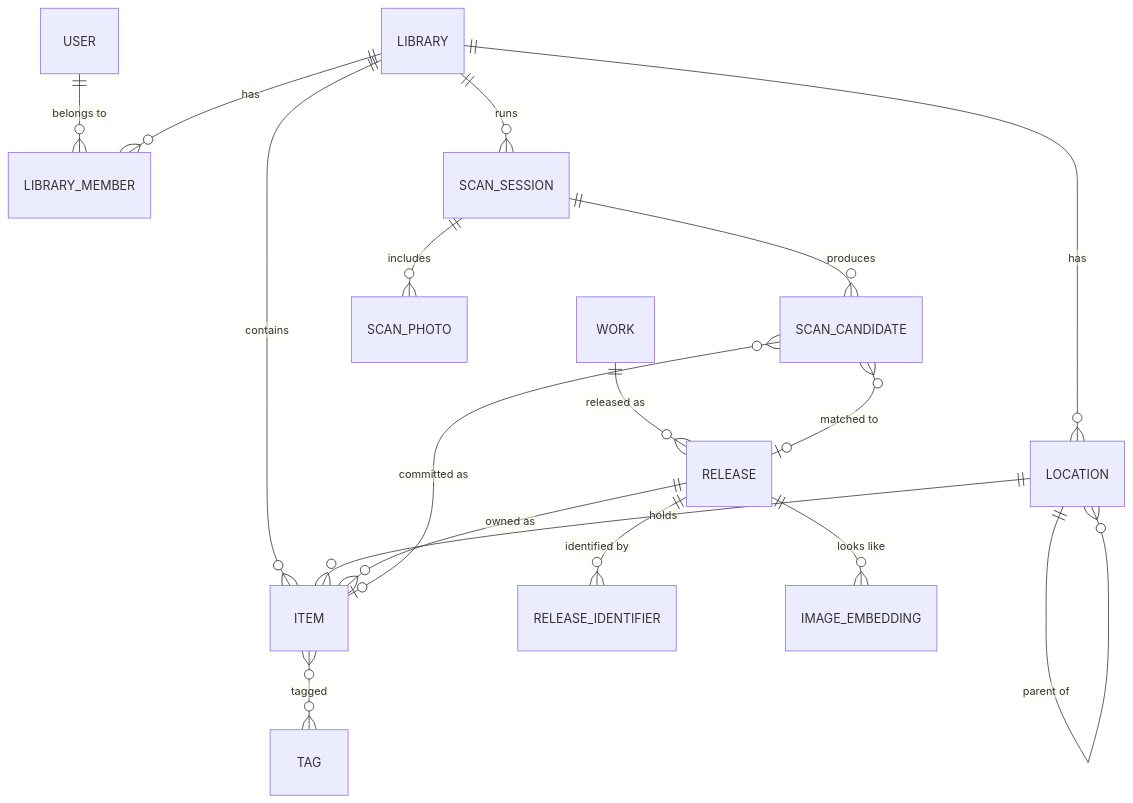
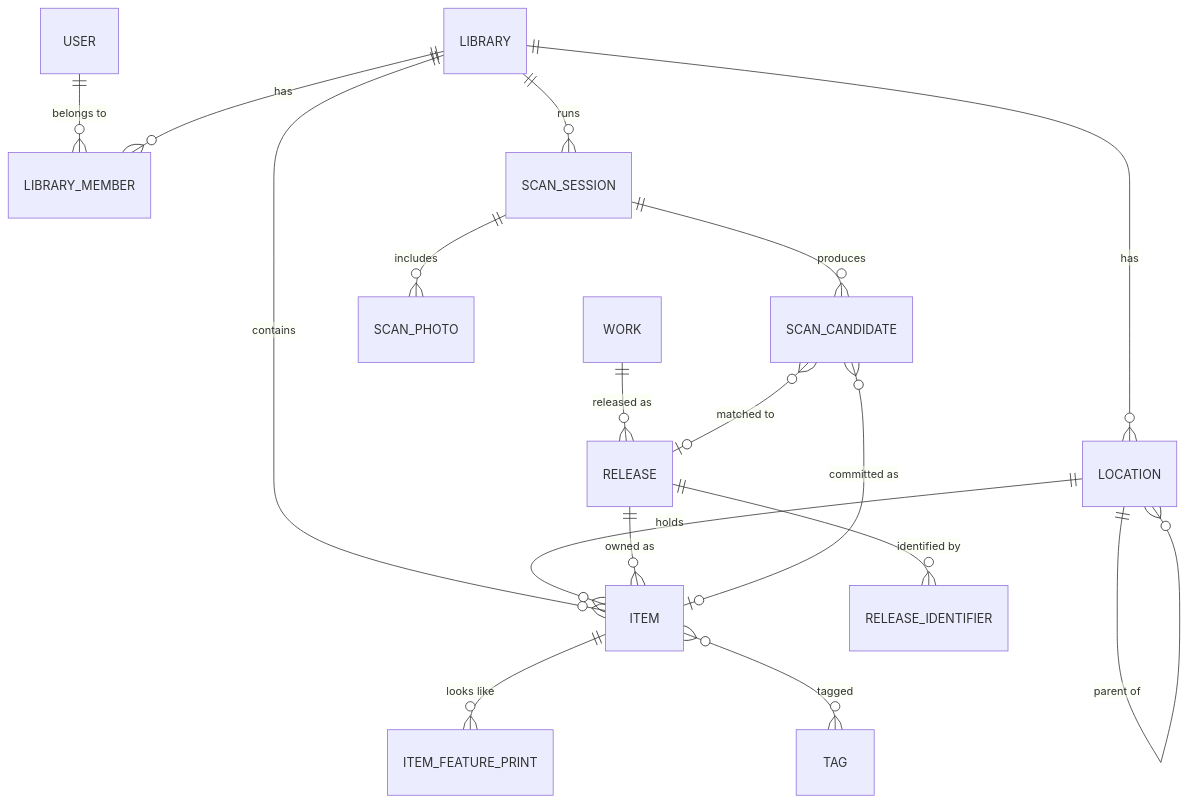
The diagram in docs/03-data-model.md (coryfinnegan/CollectionMaxxing), drawn with Mermaid before and after one commit. The commit also changed other lines of this file and 13 other files, not shown here.

````diff
--- a/docs/03-data-model.md
+++ b/docs/03-data-model.md
@@ -19,19 +19,19 @@
 ```mermaid
 erDiagram
   USER ||--o{ LIBRARY_MEMBER : "belongs to"
   LIBRARY ||--o{ LIBRARY_MEMBER : has
   LIBRARY ||--o{ ITEM : contains
   LIBRARY ||--o{ LOCATION : has
   LOCATION ||--o{ LOCATION : "parent of"
   LOCATION ||--o{ ITEM : holds
   WORK ||--o{ RELEASE : "released as"
   RELEASE ||--o{ RELEASE_IDENTIFIER : "identified by"
   RELEASE ||--o{ ITEM : "owned as"
   LIBRARY ||--o{ SCAN_SESSION : runs
   SCAN_SESSION ||--o{ SCAN_PHOTO : includes
   SCAN_SESSION ||--o{ SCAN_CANDIDATE : produces
   SCAN_CANDIDATE }o--o| RELEASE : "matched to"
   SCAN_CANDIDATE }o--o| ITEM : "committed as"
-  RELEASE ||--o{ IMAGE_EMBEDDING : "looks like"
+  ITEM ||--o{ ITEM_FEATURE_PRINT : "looks like"
   ITEM }o--o{ TAG : tagged
 ```
````
